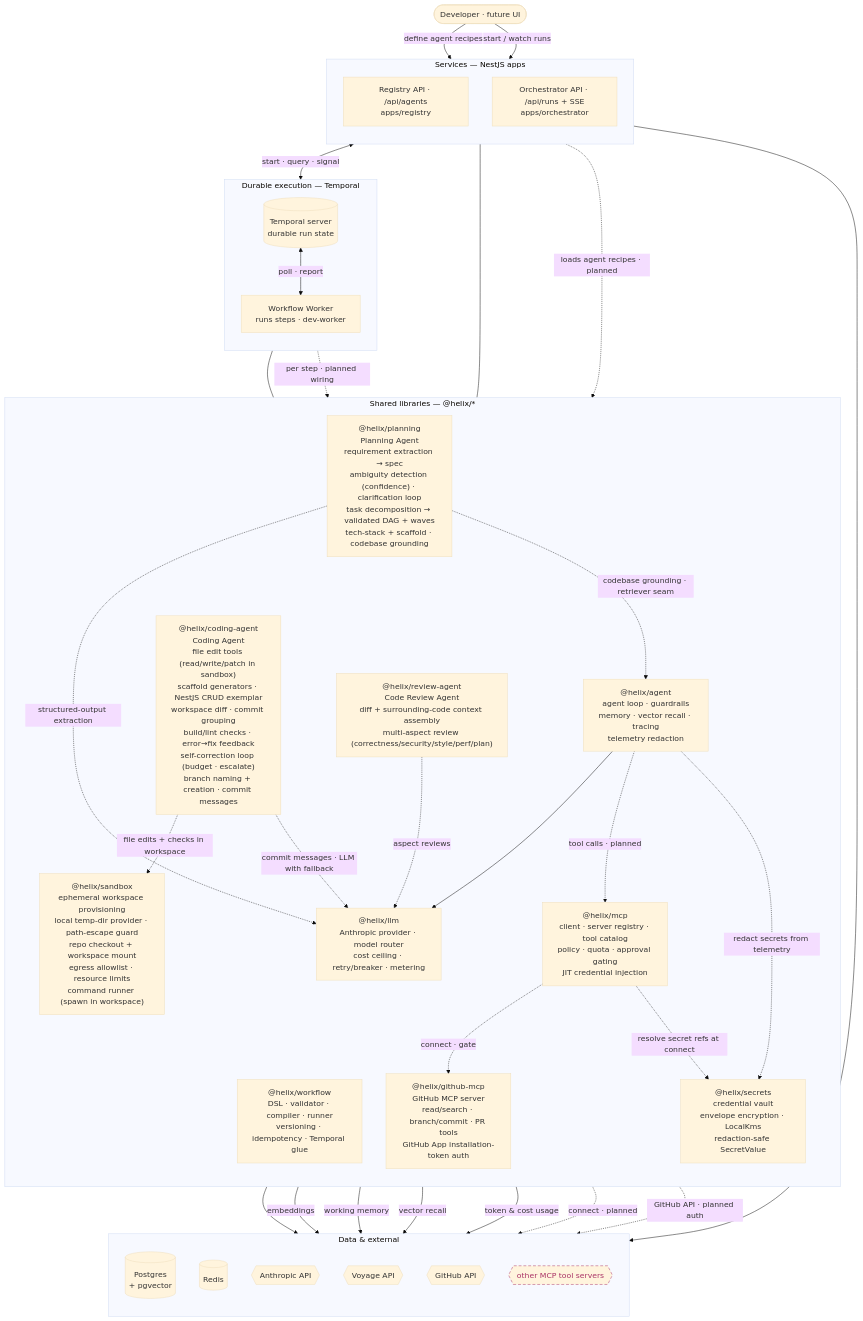
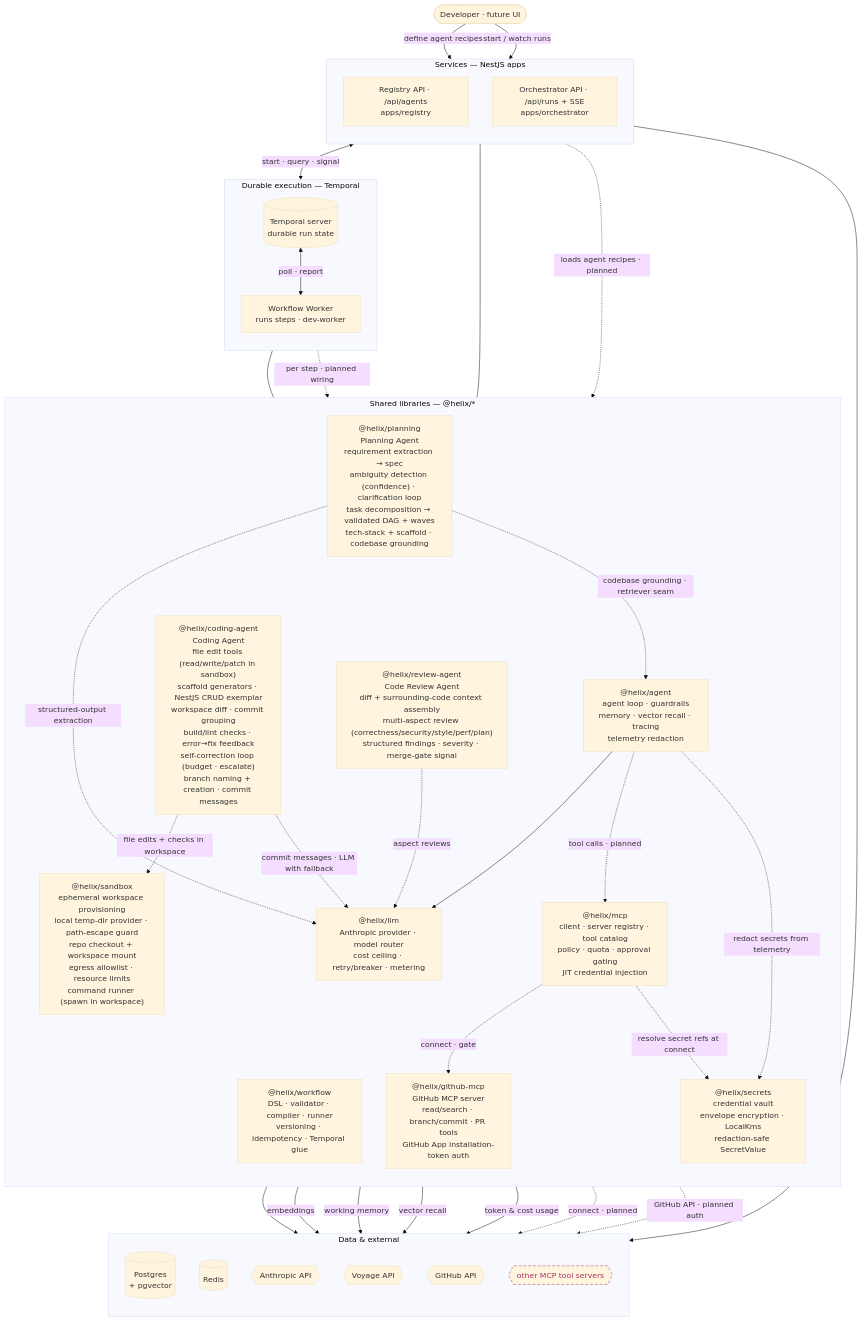
One commit to shhashhank/helix changed the first of 2 diagrams in docs/ARCHITECTURE.md. Above: the diagram before and after it, drawn with Mermaid (base theme). The commit also changed 4 other files, not shown here.

First line of the commit message:
HELIX-113: findings schema + severity model (#75)

````diff
--- a/docs/ARCHITECTURE.md
+++ b/docs/ARCHITECTURE.md
@@ -16,70 +16,70 @@
 ```mermaid
 flowchart TB
   user([Developer · future UI])
 
   subgraph svc["Services — NestJS apps"]
     direction TB
     reg["Registry API · /api/agents<br/>apps/registry"]
     orc["Orchestrator API · /api/runs + SSE<br/>apps/orchestrator"]
   end
 
   subgraph dur["Durable execution — Temporal"]
     direction TB
     tmp[("Temporal server<br/>durable run state")]
     wkr["Workflow Worker<br/>runs steps · dev-worker"]
   end
 
   subgraph lib["Shared libraries — @helix/*"]
     direction TB
     wf["@helix/workflow<br/>DSL · validator · compiler · runner<br/>versioning · idempotency · Temporal glue"]
     ag["@helix/agent<br/>agent loop · guardrails<br/>memory · vector recall · tracing<br/>telemetry redaction"]
     lm["@helix/llm<br/>Anthropic provider · model router<br/>cost ceiling · retry/breaker · metering"]
     mc["@helix/mcp<br/>client · server registry · tool catalog<br/>policy · quota · approval gating<br/>JIT credential injection"]
     gh["@helix/github-mcp<br/>GitHub MCP server<br/>read/search · branch/commit · PR tools<br/>GitHub App installation-token auth"]
     sec["@helix/secrets<br/>credential vault<br/>envelope encryption · LocalKms<br/>redaction-safe SecretValue"]
     pl["@helix/planning<br/>Planning Agent<br/>requirement extraction → spec<br/>ambiguity detection (confidence) · clarification loop<br/>task decomposition → validated DAG + waves<br/>tech-stack + scaffold · codebase grounding"]
     sbx["@helix/sandbox<br/>ephemeral workspace provisioning<br/>local temp-dir provider · path-escape guard<br/>repo checkout + workspace mount<br/>egress allowlist · resource limits<br/>command runner (spawn in workspace)"]
     cag["@helix/coding-agent<br/>Coding Agent<br/>file edit tools (read/write/patch in sandbox)<br/>scaffold generators · NestJS CRUD exemplar<br/>workspace diff · commit grouping<br/>build/lint checks · error→fix feedback<br/>self-correction loop (budget · escalate)<br/>branch naming + creation · commit messages"]
-    rev["@helix/review-agent<br/>Code Review Agent<br/>diff + surrounding-code context assembly<br/>multi-aspect review (correctness/security/style/perf/plan)"]
+    rev["@helix/review-agent<br/>Code Review Agent<br/>diff + surrounding-code context assembly<br/>multi-aspect review (correctness/security/style/perf/plan)<br/>structured findings · severity · merge-gate signal"]
   end
 
   subgraph dat["Data & external"]
     direction TB
     pg[("Postgres<br/>+ pgvector")]
     rd[("Redis")]
     an{{Anthropic API}}
     vo{{Voyage API}}
     gha{{GitHub API}}
     ext{{other MCP tool servers}}
   end
 
   user -->|define agent recipes| reg
   user -->|start / watch runs| orc
   reg --> pg
   orc <-->|start · query · signal| tmp
   tmp <-->|poll · report| wkr
   wkr --- wf
   orc --- wf
   wkr -.->|per step · planned wiring| ag
   reg -.->|loads agent recipes · planned| ag
   ag --> lm
   ag -.->|tool calls · planned| mc
   lm --> an
   ag -->|embeddings| vo
   ag -->|working memory| rd
   ag -->|vector recall| pg
   lm -->|token & cost usage| pg
   mc -.->|connect · gate| gh
   mc -.->|connect · planned| ext
   mc -.->|resolve secret refs at connect| sec
   ag -.->|redact secrets from telemetry| sec
   pl -.->|structured-output extraction| lm
   pl -.->|codebase grounding · retriever seam| ag
   cag -.->|file edits + checks in workspace| sbx
   cag -.->|commit messages · LLM with fallback| lm
   rev -.->|aspect reviews| lm
   gh -.->|GitHub API · planned auth| gha
 
   classDef planned stroke-dasharray:6 4,stroke:#a36,color:#a36;
   class ext planned;
 ```
````
